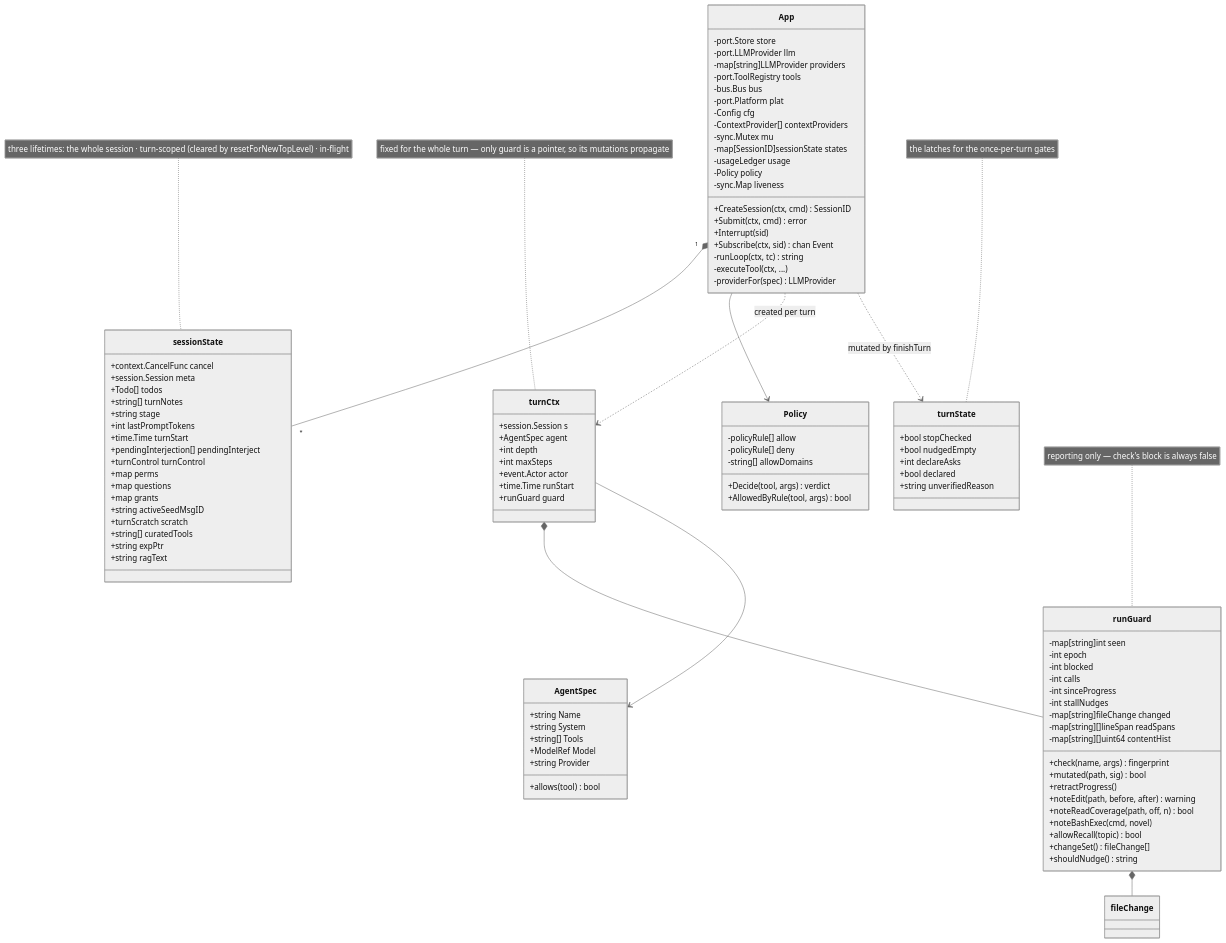
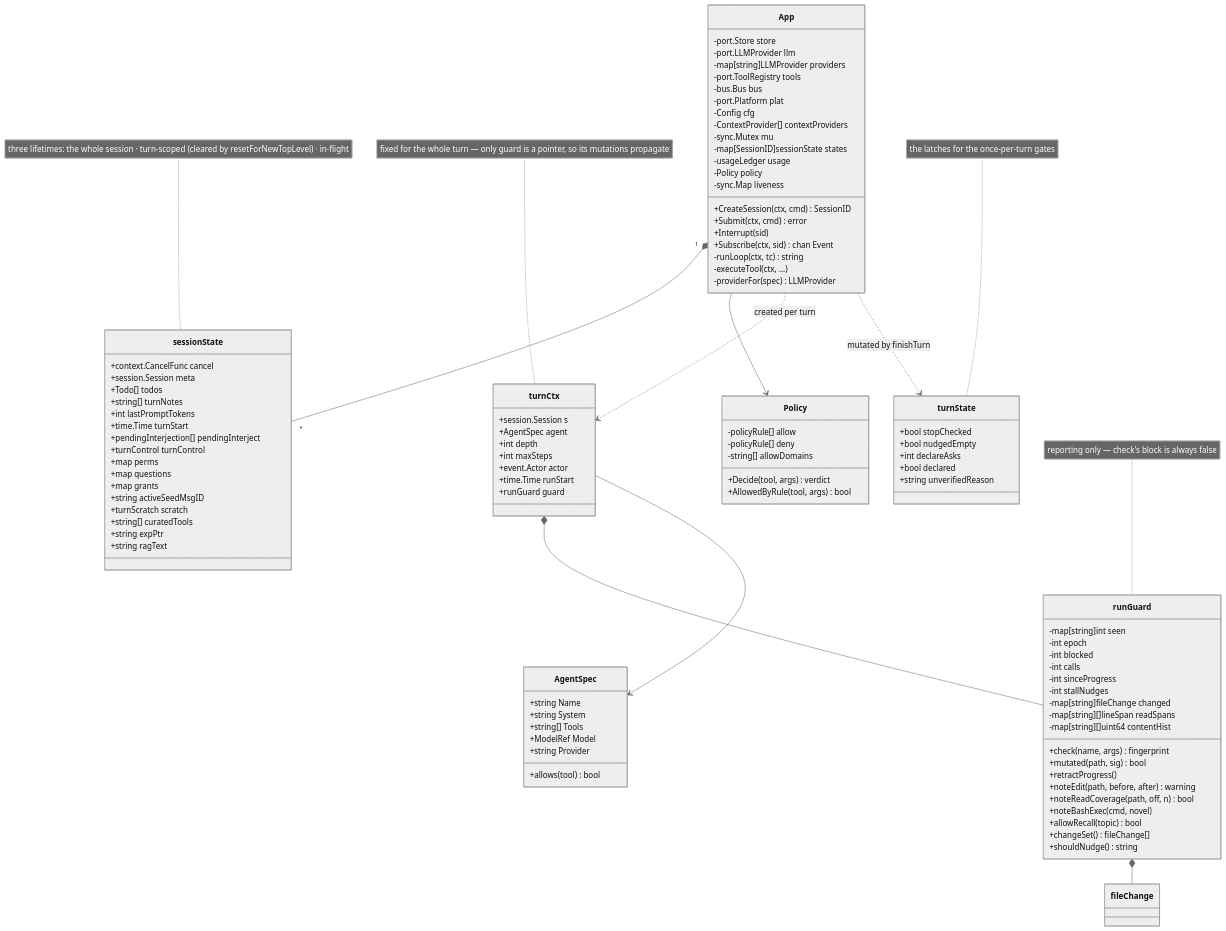
Before and after one commit to sayaya1090/magi: the ninth of 18 diagrams in docs/DIAGRAMS.md, drawn with Mermaid. The commit also changed other lines of this file and 8 other files, not shown here.

```diff
--- a/docs/DIAGRAMS.md
+++ b/docs/DIAGRAMS.md
@@ -553,7 +552,6 @@
     +session.Session meta
     +Todo[] todos
     +string[] turnNotes
-    +string stage
     +int lastPromptTokens
     +time.Time turnStart
     +pendingInterjection[] pendingInterject
```
